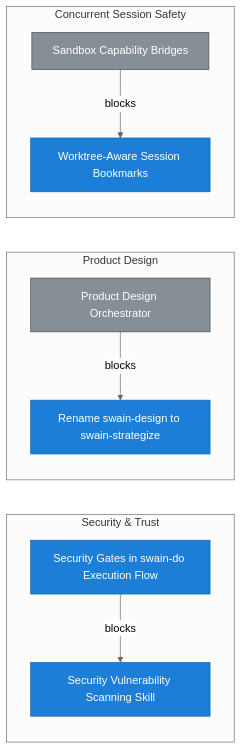
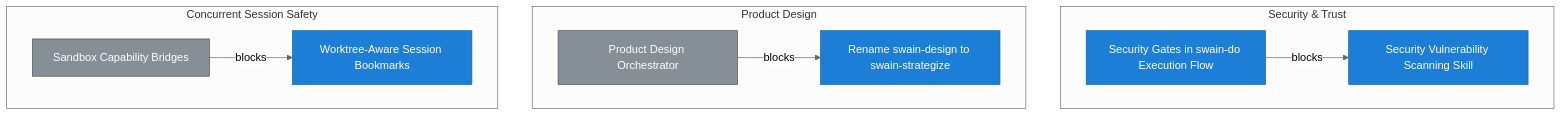
The second of 2 diagrams in ROADMAP.md (cristoslc/swain), drawn with Mermaid (neutral theme) before and after one commit. The commit also changed 11 other files, not shown here.

First line of the commit message:
chore(sync): link corrections, ROADMAP fix, session bookmark, new tickets

````diff
--- a/ROADMAP.md
+++ b/ROADMAP.md
@@ -91,22 +91,22 @@
 ```mermaid
-graph LR
+flowchart TD
     classDef doFirst fill:#e03131,stroke:#c92a2a,color:#fff
     classDef scheduled fill:#f59f00,stroke:#e67700,color:#000
     classDef inProgress fill:#1c7ed6,stroke:#1864ab,color:#fff
     classDef backlog fill:#868e96,stroke:#495057,color:#fff
     subgraph INITIATIVE_004["Security & Trust"]
         EPIC_017["Security Vulnerability Scanning Skill"]:::inProgress
         EPIC_023["Security Gates in swain-do Execution Flow"]:::inProgress
     end
     subgraph INITIATIVE_007["Product Design"]
         EPIC_019["Rename swain-design to swain-strategize"]:::inProgress
         EPIC_021["Product Design Orchestrator"]:::backlog
     end
     subgraph INITIATIVE_013["Concurrent Session Safety"]
         EPIC_016["Worktree-Aware Session Bookmarks"]:::inProgress
         EPIC_036["Sandbox Capability Bridges"]:::backlog
     end
     EPIC_021 -->|blocks| EPIC_019
     EPIC_023 -->|blocks| EPIC_017
     EPIC_036 -->|blocks| EPIC_016
 ```
````
